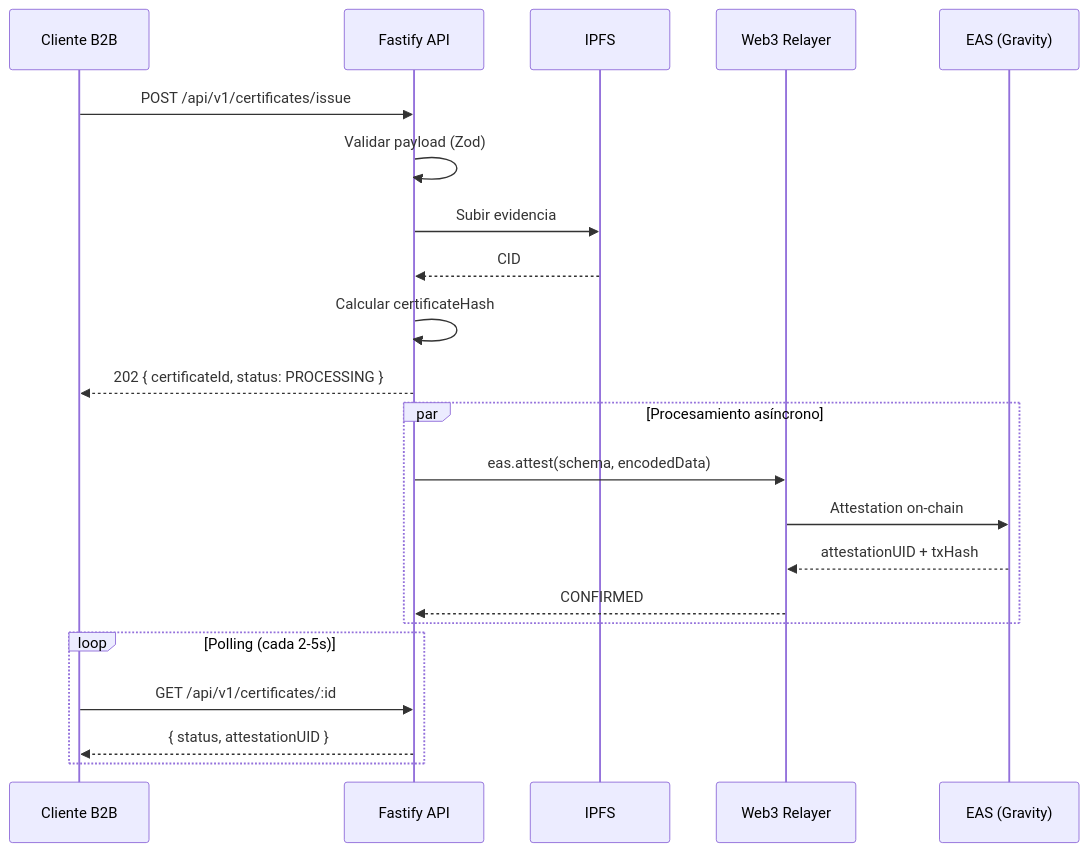
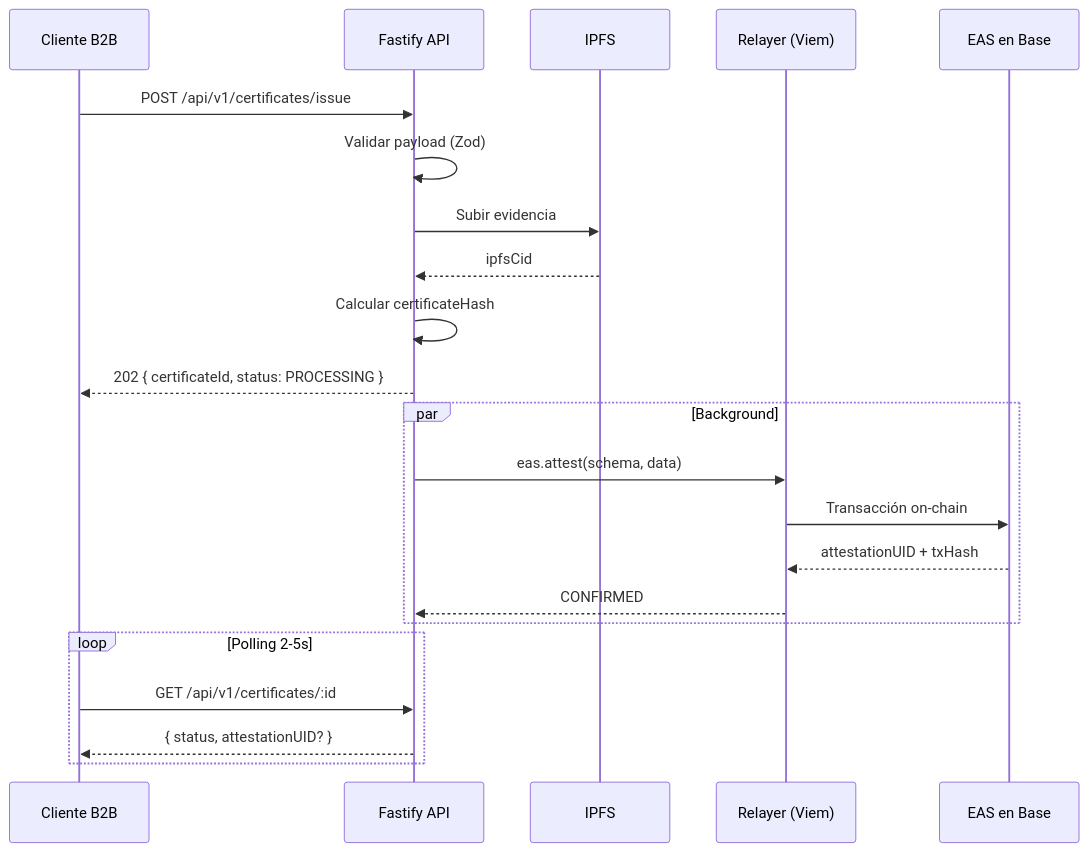
One commit to FerTello01/API-Angulo changed the diagram in docs/API.md. Above: the diagram before and after it, drawn with Mermaid. The commit also changed other lines of this file and 2 other files, not shown here.

First line of the commit message:
Update API documentation for Base, EAS, and EVVM stack.

````diff
--- a/docs/API.md
+++ b/docs/API.md
@@ -364,27 +467,27 @@
 ```mermaid
 sequenceDiagram
     participant Cliente as Cliente B2B
     participant API as Fastify API
     participant IPFS as IPFS
-    participant Relayer as Web3 Relayer
-    participant EAS as EAS (Gravity)
+    participant Relayer as Relayer (Viem)
+    participant EAS as EAS en Base
 
     Cliente->>API: POST /api/v1/certificates/issue
     API->>API: Validar payload (Zod)
     API->>IPFS: Subir evidencia
-    IPFS-->>API: CID
+    IPFS-->>API: ipfsCid
     API->>API: Calcular certificateHash
     API-->>Cliente: 202 { certificateId, status: PROCESSING }
 
-    par Procesamiento asíncrono
-        API->>Relayer: eas.attest(schema, encodedData)
-        Relayer->>EAS: Attestation on-chain
+    par Background
+        API->>Relayer: eas.attest(schema, data)
+        Relayer->>EAS: Transacción on-chain
         EAS-->>Relayer: attestationUID + txHash
         Relayer-->>API: CONFIRMED
     end
 
-    loop Polling (cada 2-5s)
+    loop Polling 2-5s
         Cliente->>API: GET /api/v1/certificates/:id
-        API-->>Cliente: { status, attestationUID }
+        API-->>Cliente: { status, attestationUID? }
     end
 ```
````
